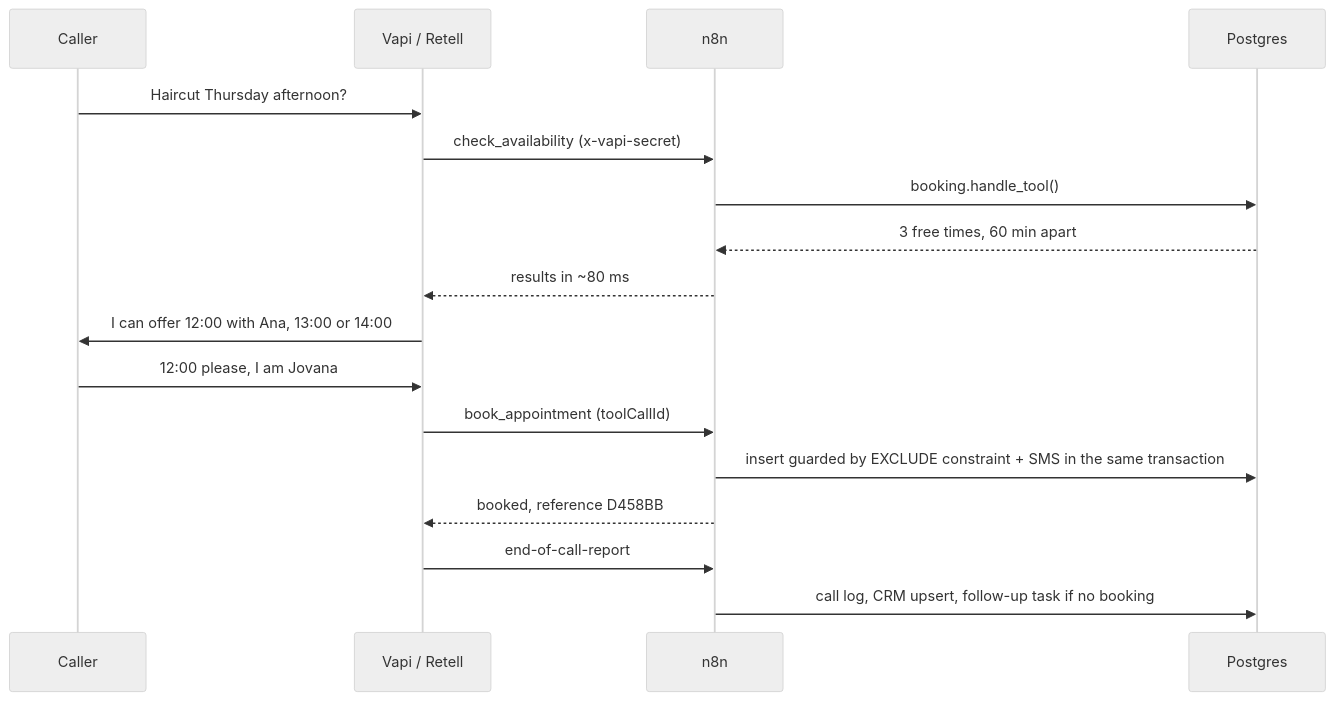
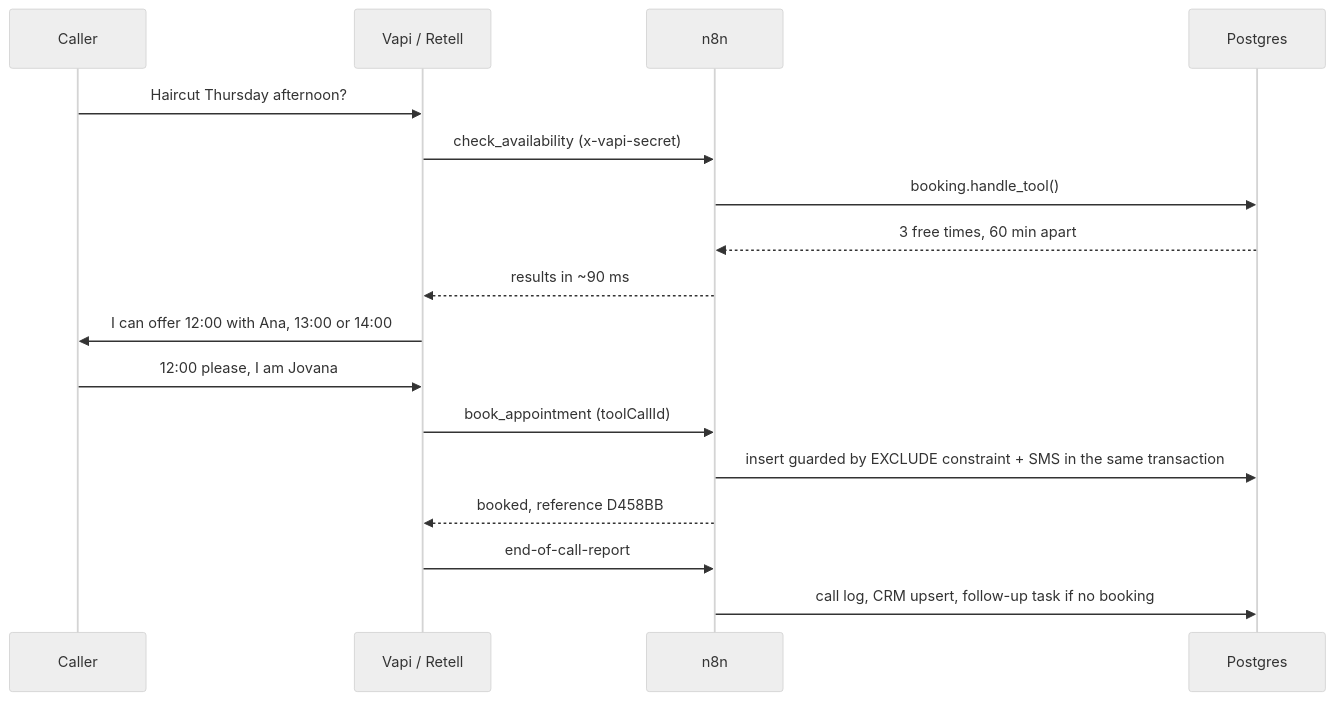
One commit to nikolaRadosavljevic95/n8n-portfolio changed the second of 5 diagrams in README.md. Above: the diagram before and after it, drawn with Mermaid (neutral theme). The commit also changed other lines of this file and 3 other files, not shown here.

````diff
--- a/README.md
+++ b/README.md
@@ -107,19 +107,19 @@
 ```mermaid
 sequenceDiagram
   participant C as Caller
   participant V as Vapi / Retell
   participant N as n8n
   participant DB as Postgres
   C->>V: Haircut Thursday afternoon?
   V->>N: check_availability (x-vapi-secret)
   N->>DB: booking.handle_tool()
   DB-->>N: 3 free times, 60 min apart
-  N-->>V: results in ~80 ms
+  N-->>V: results in ~90 ms
   V->>C: I can offer 12:00 with Ana, 13:00 or 14:00
   C->>V: 12:00 please, I am Jovana
   V->>N: book_appointment (toolCallId)
   N->>DB: insert guarded by EXCLUDE constraint + SMS in the same transaction
   N-->>V: booked, reference D458BB
   V->>N: end-of-call-report
   N->>DB: call log, CRM upsert, follow-up task if no booking
 ```
````
